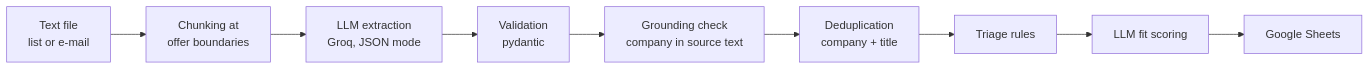
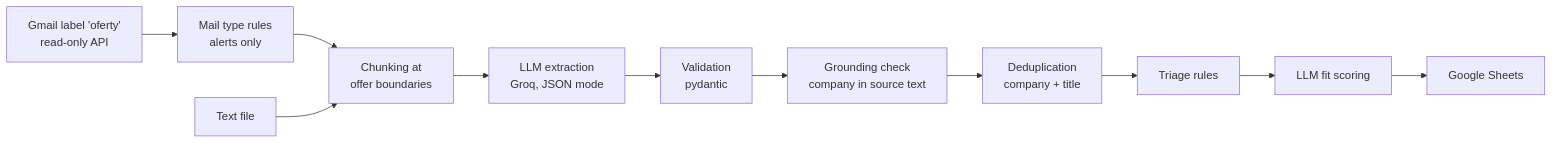
Before and after one commit to F-Korpik/job-agent: the diagram in README.md, drawn with Mermaid. The commit also changed other lines of this file, not shown here.

First line of the commit message:
docs: tryb automatyczny i Gmail w README

````diff
--- a/README.md
+++ b/README.md
@@ -15,11 +15,13 @@
 ```mermaid
 flowchart LR
-    A[Text file<br/>list or e-mail] --> B[Chunking at<br/>offer boundaries]
+    G0[Gmail label 'oferty'<br/>read-only API] --> G1[Mail type rules<br/>alerts only]
+    G1 --> B[Chunking at<br/>offer boundaries]
+    A[Text file] --> B
     B --> C[LLM extraction<br/>Groq, JSON mode]
     C --> D[Validation<br/>pydantic]
     D --> E[Grounding check<br/>company in source text]
     E --> F[Deduplication<br/>company + title]
     F --> G[Triage rules]
     G --> H[LLM fit scoring]
     H --> I[Google Sheets]
 ```
````
